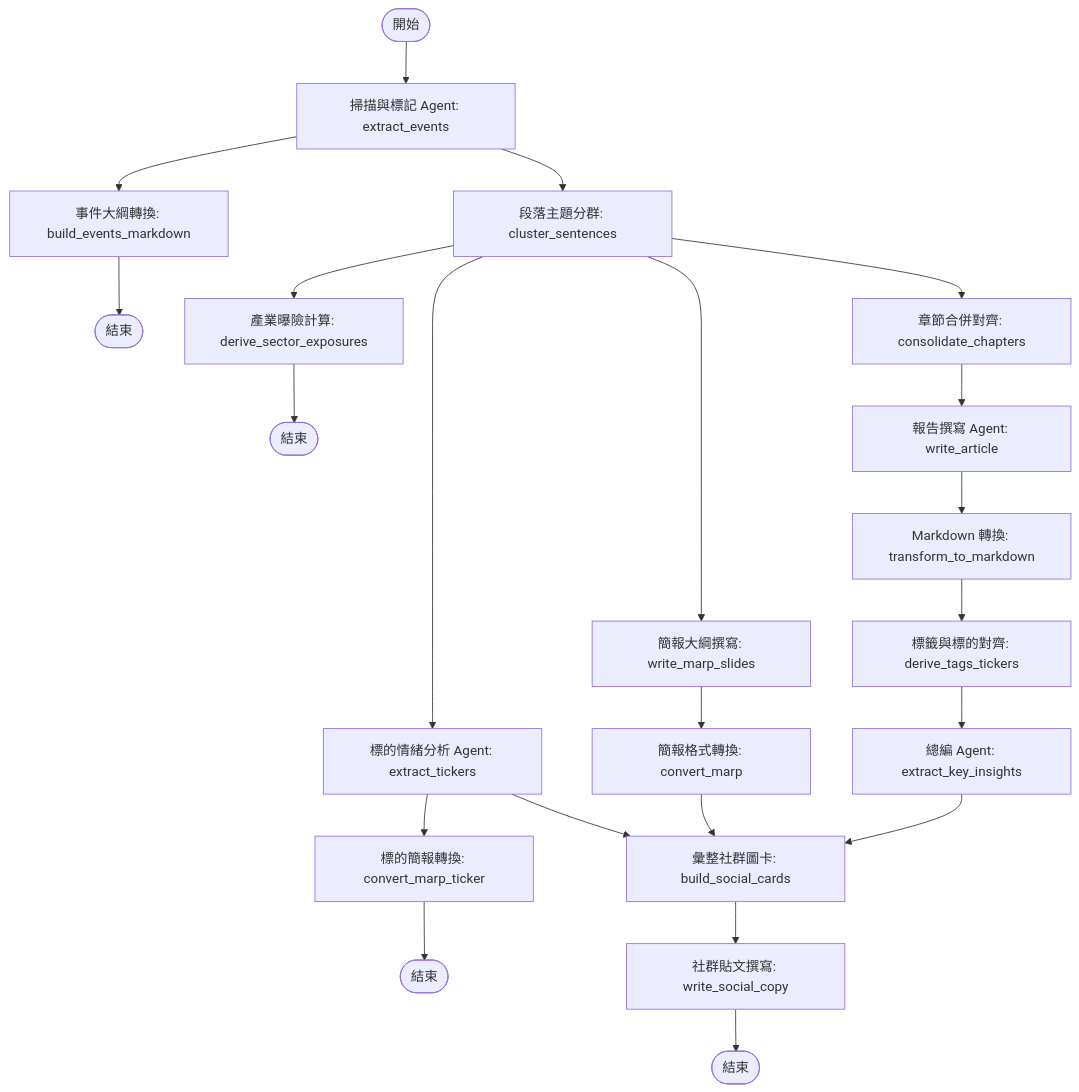
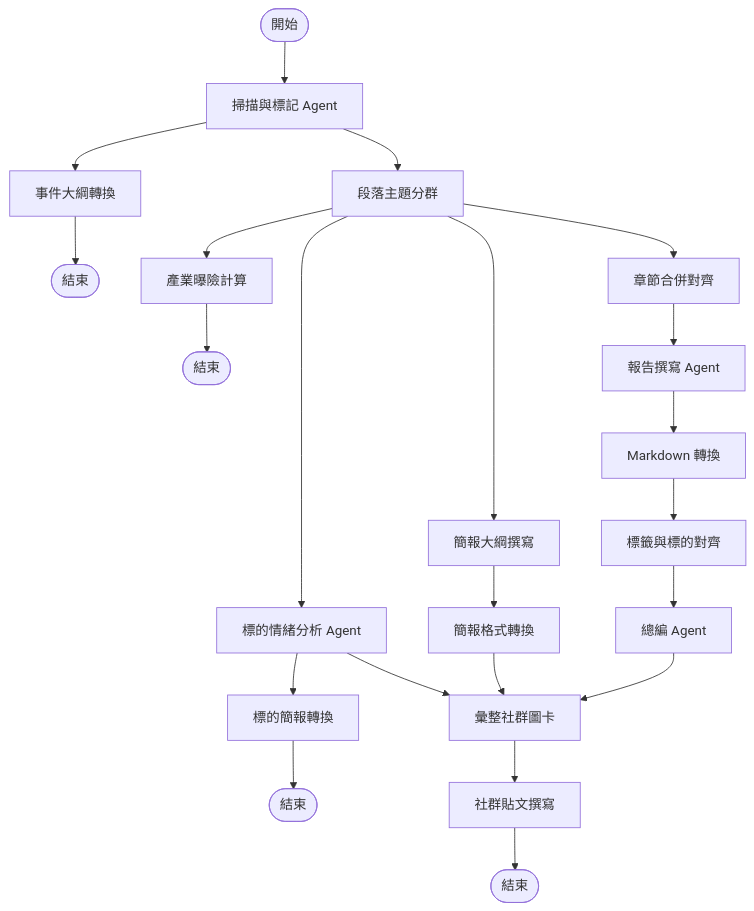
The diagram in src/content/blog/zh-tw/agentic-ingestion-pipeline-part1.md (HaoweiChan/HaoweiChan.github.io), drawn with Mermaid before and after one commit. The commit also changed 7 other files, not shown here.

First line of the commit message:
refactor(blog): narrow every diagram to fit the column, drop a duplicate

````diff
--- a/src/content/blog/zh-tw/agentic-ingestion-pipeline-part1.md
+++ b/src/content/blog/zh-tw/agentic-ingestion-pipeline-part1.md
@@ -45,39 +45,39 @@
 ```mermaid
 flowchart TD
-    Start([開始]) --> extract_events[掃描與標記 Agent: extract_events]
+    Start([開始]) --> extract_events[掃描與標記 Agent]
     
     %% 第一階段分流
-    extract_events --> cluster_sentences[段落主題分群: cluster_sentences]
-    extract_events --> build_events_markdown[事件大綱轉換: build_events_markdown]
+    extract_events --> cluster_sentences[段落主題分群]
+    extract_events --> build_events_markdown[事件大綱轉換]
     
     build_events_markdown --> End1([結束])
     
     %% 第二階段分流 (從分群開始)
-    cluster_sentences --> consolidate_chapters[章節合併對齊: consolidate_chapters]
-    cluster_sentences --> write_marp_slides[簡報大綱撰寫: write_marp_slides]
-    cluster_sentences --> extract_tickers[標的情緒分析 Agent: extract_tickers]
-    cluster_sentences --> derive_sector_exposures[產業曝險計算: derive_sector_exposures]
+    cluster_sentences --> consolidate_chapters[章節合併對齊]
+    cluster_sentences --> write_marp_slides[簡報大綱撰寫]
+    cluster_sentences --> extract_tickers[標的情緒分析 Agent]
+    cluster_sentences --> derive_sector_exposures[產業曝險計算]
     
     derive_sector_exposures --> End2([結束])
     
     %% 撰寫分支
-    consolidate_chapters --> write_article[報告撰寫 Agent: write_article]
-    write_article --> transform_to_markdown[Markdown 轉換: transform_to_markdown]
-    transform_to_markdown --> derive_tags_tickers[標籤與標的對齊: derive_tags_tickers]
-    derive_tags_tickers --> extract_key_insights[總編 Agent: extract_key_insights]
+    consolidate_chapters --> write_article[報告撰寫 Agent]
+    write_article --> transform_to_markdown[Markdown 轉換]
+    transform_to_markdown --> derive_tags_tickers[標籤與標的對齊]
+    derive_tags_tickers --> extract_key_insights[總編 Agent]
     
     %% 簡報分支
-    write_marp_slides --> convert_marp[簡報格式轉換: convert_marp]
+    write_marp_slides --> convert_marp[簡報格式轉換]
     
     %% 標的分支
-    extract_tickers --> convert_marp_ticker[標的簡報轉換: convert_marp_ticker]
+    extract_tickers --> convert_marp_ticker[標的簡報轉換]
     convert_marp_ticker --> End3([結束])
     
     %% 匯合生成社群素材 (Fan-in)
-    extract_key_insights --> build_social_cards[彙整社群圖卡: build_social_cards]
+    extract_key_insights --> build_social_cards[彙整社群圖卡]
     convert_marp --> build_social_cards
     extract_tickers --> build_social_cards
     
-    build_social_cards --> write_social_copy[社群貼文撰寫: write_social_copy]
+    build_social_cards --> write_social_copy[社群貼文撰寫]
     write_social_copy --> End4([結束])
 ```
````
